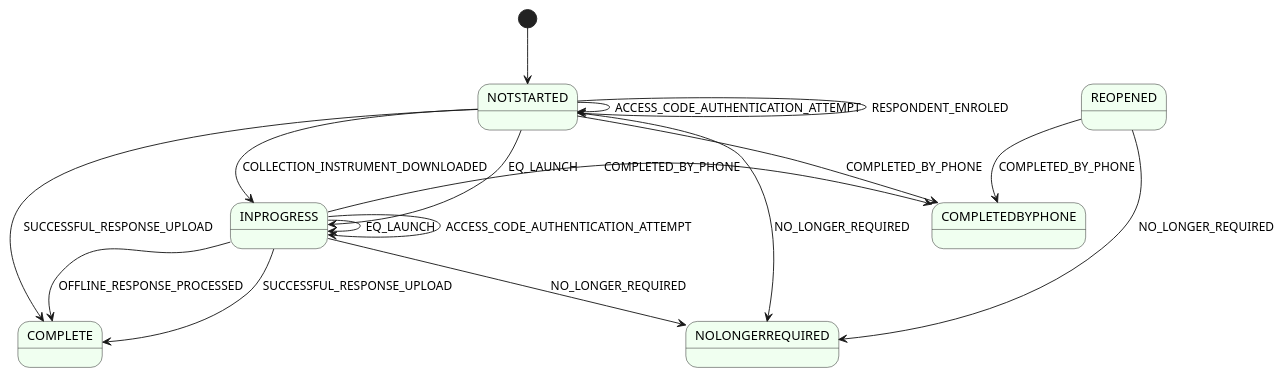
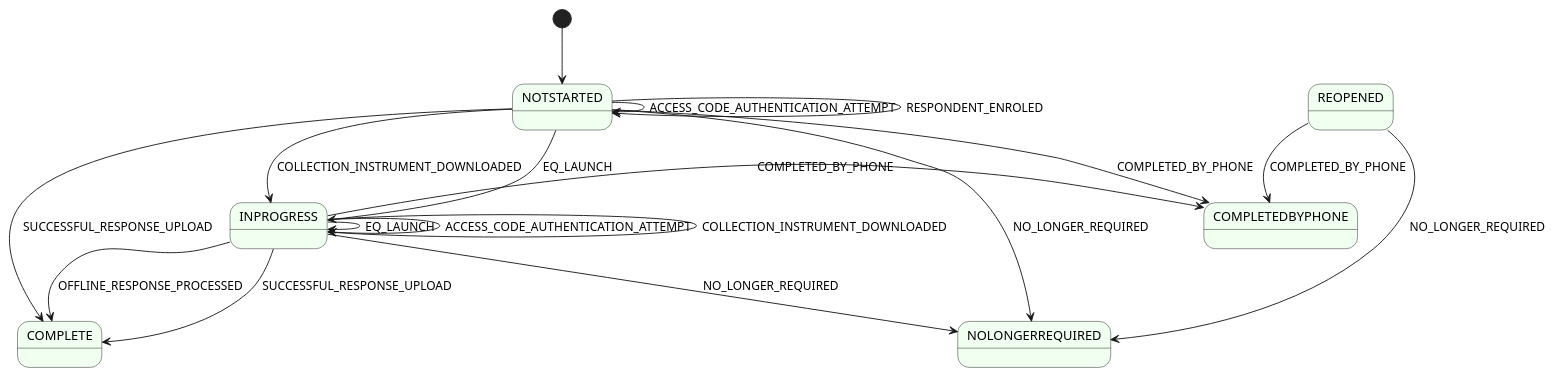
Before and after one commit to ONSdigital/rm-case-service: the diagram in diagrams/case-group-state.puml, drawn with PlantUML. The commit also changed 1 other file, not shown here.

```diff
--- a/diagrams/case-group-state.puml
+++ b/diagrams/case-group-state.puml
@@ -1,25 +1,26 @@
 @startuml
 skinparam state {
     BackgroundColor HoneyDew
 }
 
 [*] --> NOTSTARTED
 NOTSTARTED --> INPROGRESS : COLLECTION_INSTRUMENT_DOWNLOADED
 NOTSTARTED --> INPROGRESS : EQ_LAUNCH
 NOTSTARTED --> COMPLETE : SUCCESSFUL_RESPONSE_UPLOAD
 NOTSTARTED --> NOTSTARTED: ACCESS_CODE_AUTHENTICATION_ATTEMPT
 NOTSTARTED --> NOTSTARTED: RESPONDENT_ENROLED
 
 NOTSTARTED --> COMPLETEDBYPHONE : COMPLETED_BY_PHONE
 NOTSTARTED --> NOLONGERREQUIRED : NO_LONGER_REQUIRED
     
 INPROGRESS --> COMPLETE : OFFLINE_RESPONSE_PROCESSED
 INPROGRESS --> COMPLETE : SUCCESSFUL_RESPONSE_UPLOAD
 INPROGRESS -> INPROGRESS: EQ_LAUNCH
 INPROGRESS -> INPROGRESS: ACCESS_CODE_AUTHENTICATION_ATTEMPT
+INPROGRESS -> INPROGRESS: COLLECTION_INSTRUMENT_DOWNLOADED
 INPROGRESS -> COMPLETEDBYPHONE : COMPLETED_BY_PHONE
 INPROGRESS --> NOLONGERREQUIRED : NO_LONGER_REQUIRED
 
 REOPENED --> COMPLETEDBYPHONE : COMPLETED_BY_PHONE
 REOPENED --> NOLONGERREQUIRED : NO_LONGER_REQUIRED
 @enduml
```
